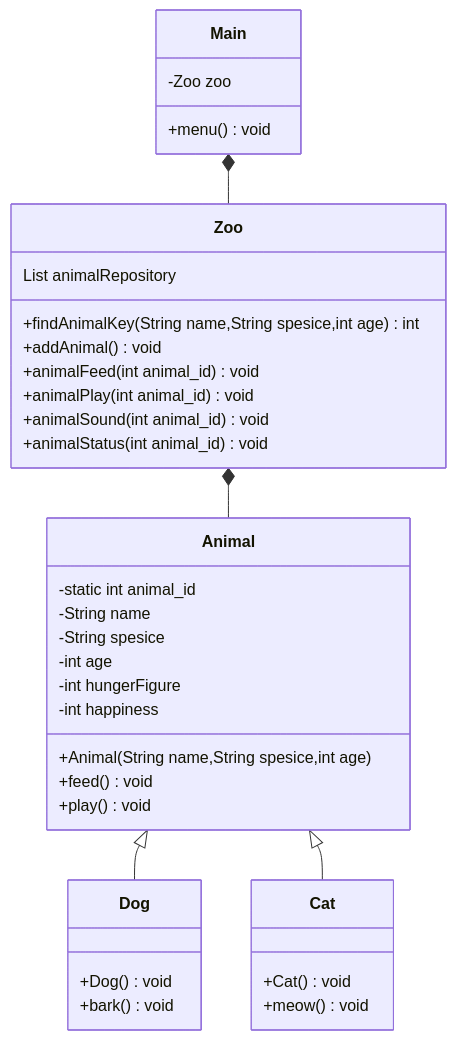
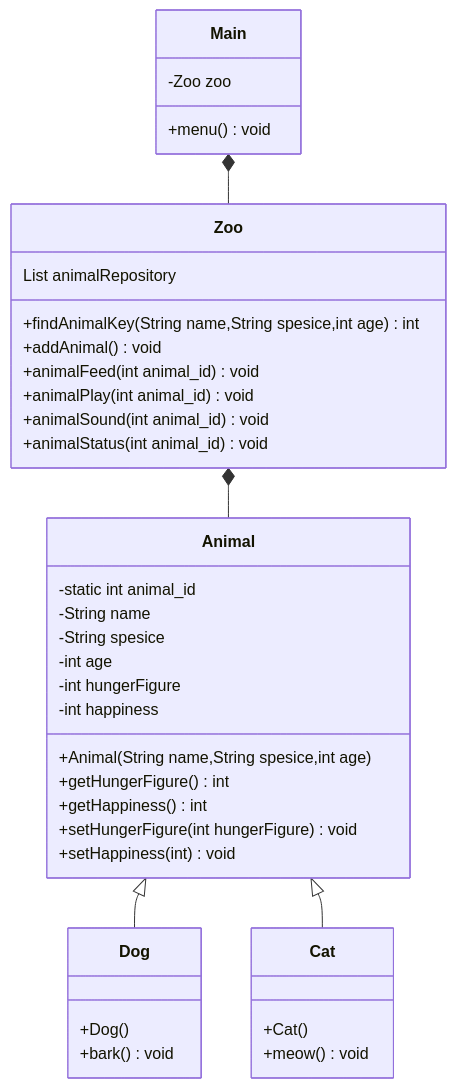
Before and after one commit to juwoojae/animalhouse: the diagram in ClassDiagram.md, drawn with Mermaid.

Commit message:
Update ClassDiagram.md
3차 수정본
Animal 클래스의 메서드
- feed(),play()삭제후 hungerFigure,happiness 의 getter,setter 를 추가함 (단일 책임원칙)
- 생성자는 리턴값이 없다는걸 까먹었다

````diff
--- a/ClassDiagram.md
+++ b/ClassDiagram.md
@@ -1,40 +1,42 @@
 ```mermaid
 classDiagram
     Main *-- Zoo
 class Main{ 
     -Zoo zoo 
     +menu() void
 }
 class Zoo{
     List<Animal> animalRepository
     +findAnimalKey(String name,String spesice,int age) int
     +addAnimal() void
     +animalFeed(int animal_id) void
     +animalPlay(int animal_id) void
     +animalSound(int animal_id) void
     +animalStatus(int animal_id) void
 }
 
     Zoo *-- Animal
-class Animal {
+ class Animal {
     -static int animal_id 
 -String name
 -String spesice
 -int age 
 -int hungerFigure
 -int happiness 
 +Animal(String name,String spesice,int age)
-+feed() void
-+play() void
++getHungerFigure() int
++getHappiness() int 
++setHungerFigure(int hungerFigure) void
++setHappiness(int ) void
 }
     Animal <|-- Dog
     Animal <|-- Cat
 class Dog{
-    +Dog() void
+    +Dog() 
     +bark() void
 }
 class Cat{
-    +Cat() void
+    +Cat() 
     +meow() void
 }
 ```
````
